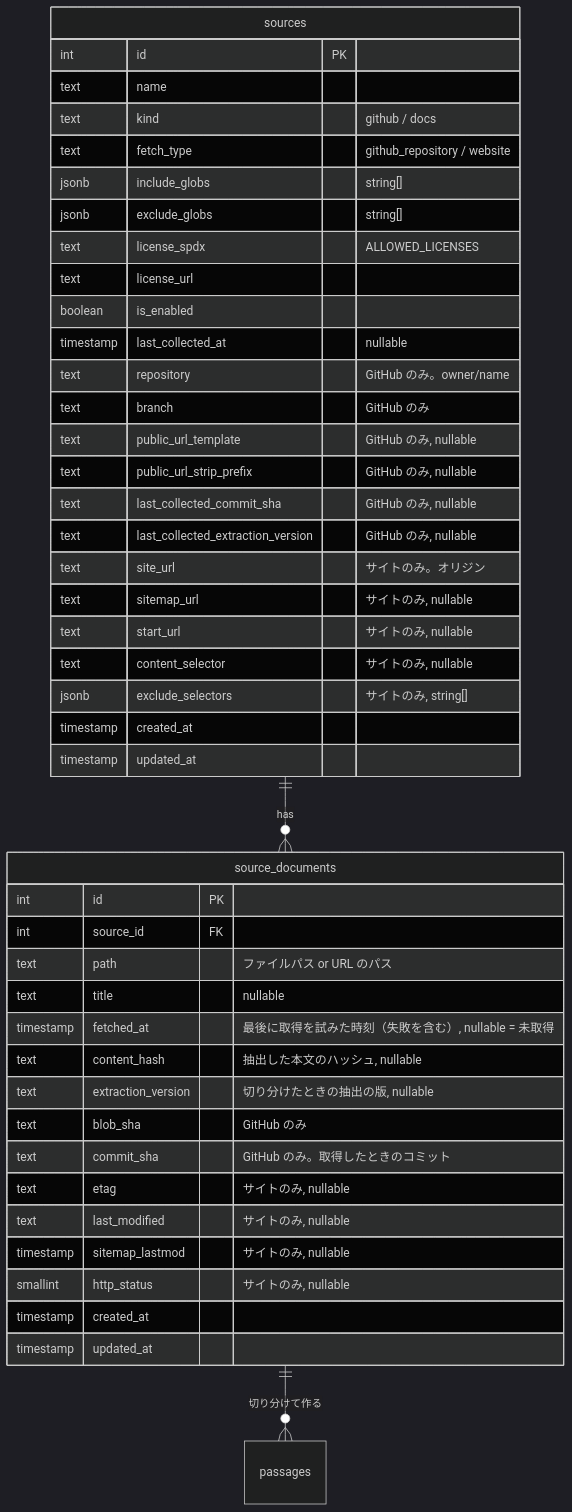
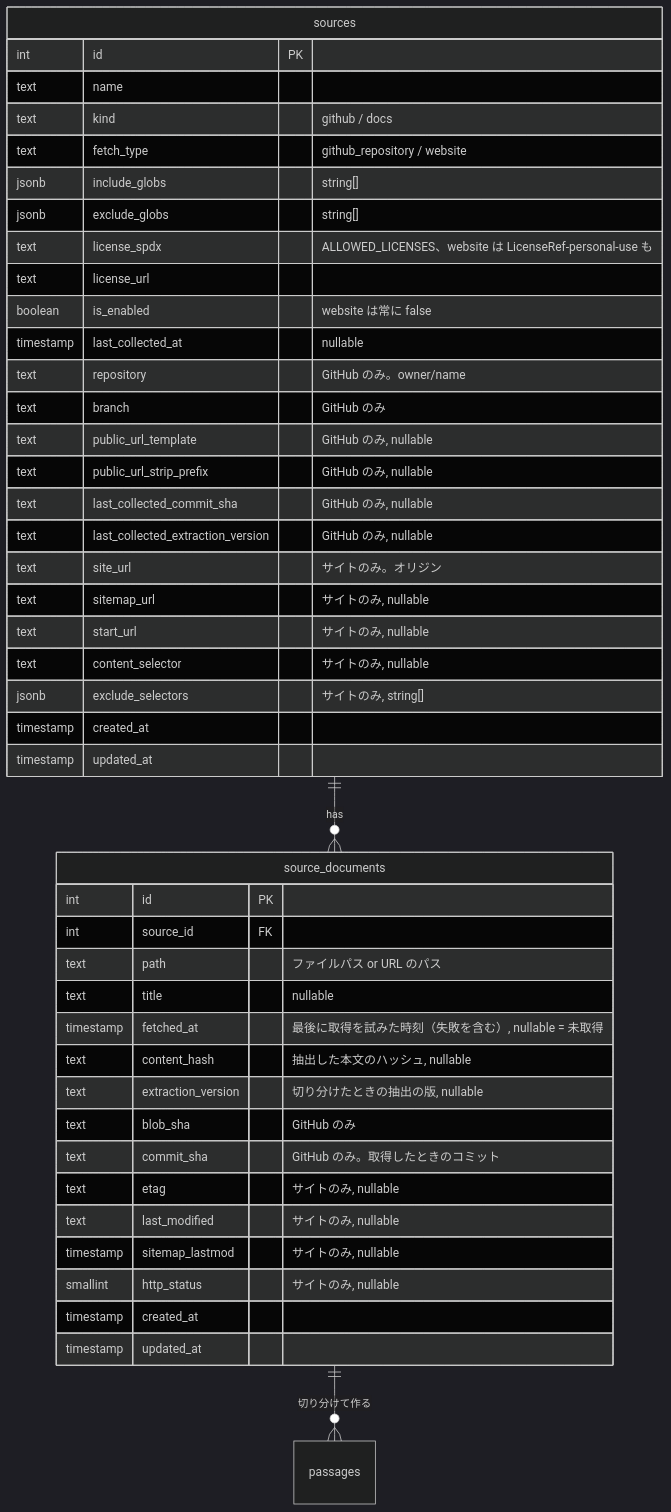
Before and after one commit to kentakki416/tech-english: the third of 4 diagrams in docs/spec/content-collection/README.md, drawn with Mermaid (dark theme). The commit also changed 7 other files, not shown here.

Commit message:
fix(api): pr-review の指摘を直す（ライセンスの検出で GitHub の html_url が null でも 500 にせず、更新でサイトの個人の学習用と GitHub の 400 のテストを足し、成功するテストを正常系に移し、update・SOURCE_FETCH_TYPES の JSDoc と content-collection の ER 図を実態に合わせる）

````diff
--- a/docs/spec/content-collection/README.md
+++ b/docs/spec/content-collection/README.md
@@ -508,47 +508,47 @@
 ```mermaid
 erDiagram
     sources ||--o{ source_documents : has
     source_documents ||--o{ passages : "切り分けて作る"
     sources {
         int id PK
         text name
         text kind "github / docs"
         text fetch_type "github_repository / website"
         jsonb include_globs "string[]"
         jsonb exclude_globs "string[]"
-        text license_spdx "ALLOWED_LICENSES"
+        text license_spdx "ALLOWED_LICENSES、website は LicenseRef-personal-use も"
         text license_url
-        boolean is_enabled
+        boolean is_enabled "website は常に false"
         timestamp last_collected_at "nullable"
         text repository "GitHub のみ。owner/name"
         text branch "GitHub のみ"
         text public_url_template "GitHub のみ, nullable"
         text public_url_strip_prefix "GitHub のみ, nullable"
         text last_collected_commit_sha "GitHub のみ, nullable"
         text last_collected_extraction_version "GitHub のみ, nullable"
         text site_url "サイトのみ。オリジン"
         text sitemap_url "サイトのみ, nullable"
         text start_url "サイトのみ, nullable"
         text content_selector "サイトのみ, nullable"
         jsonb exclude_selectors "サイトのみ, string[]"
         timestamp created_at
         timestamp updated_at
     }
     source_documents {
         int id PK
         int source_id FK
         text path "ファイルパス or URL のパス"
         text title "nullable"
         timestamp fetched_at "最後に取得を試みた時刻（失敗を含む）, nullable = 未取得"
         text content_hash "抽出した本文のハッシュ, nullable"
         text extraction_version "切り分けたときの抽出の版, nullable"
         text blob_sha "GitHub のみ"
         text commit_sha "GitHub のみ。取得したときのコミット"
         text etag "サイトのみ, nullable"
         text last_modified "サイトのみ, nullable"
         timestamp sitemap_lastmod "サイトのみ, nullable"
         smallint http_status "サイトのみ, nullable"
         timestamp created_at
         timestamp updated_at
     }
 ```
````
